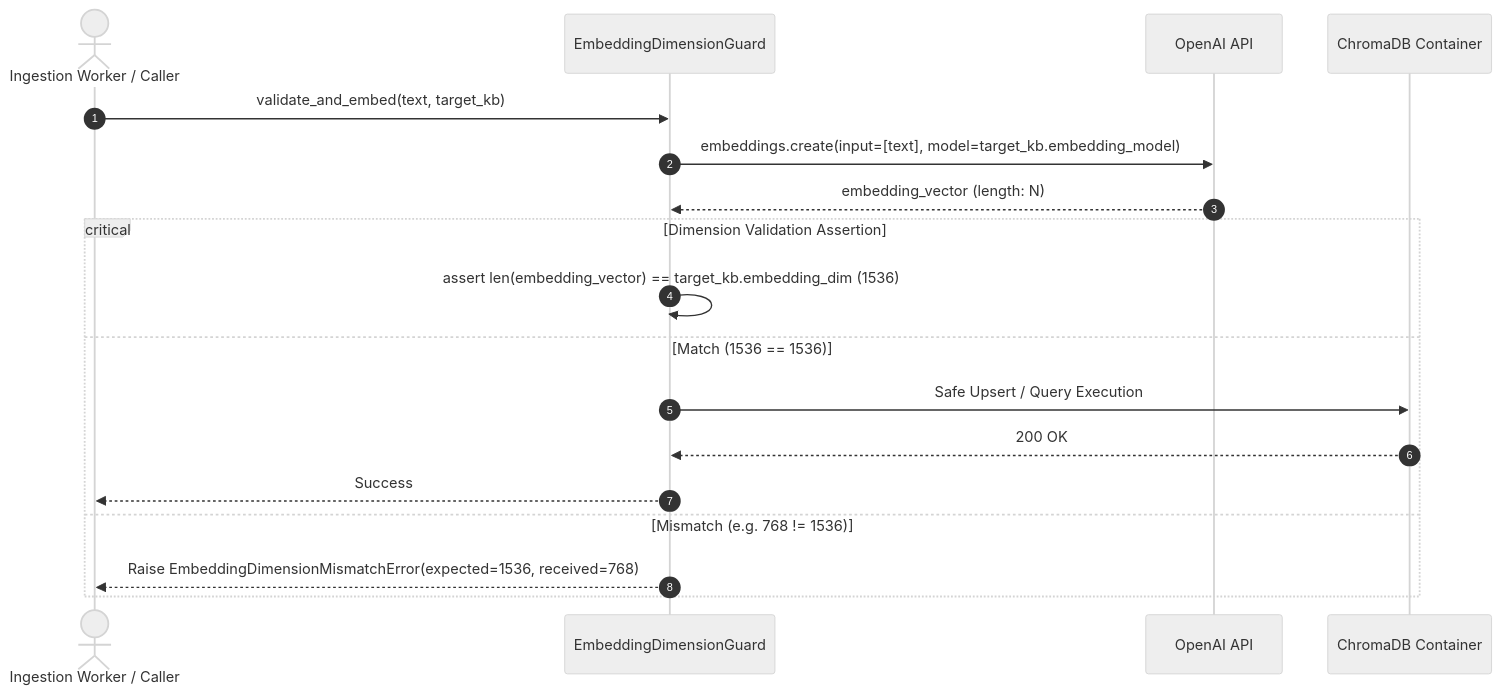
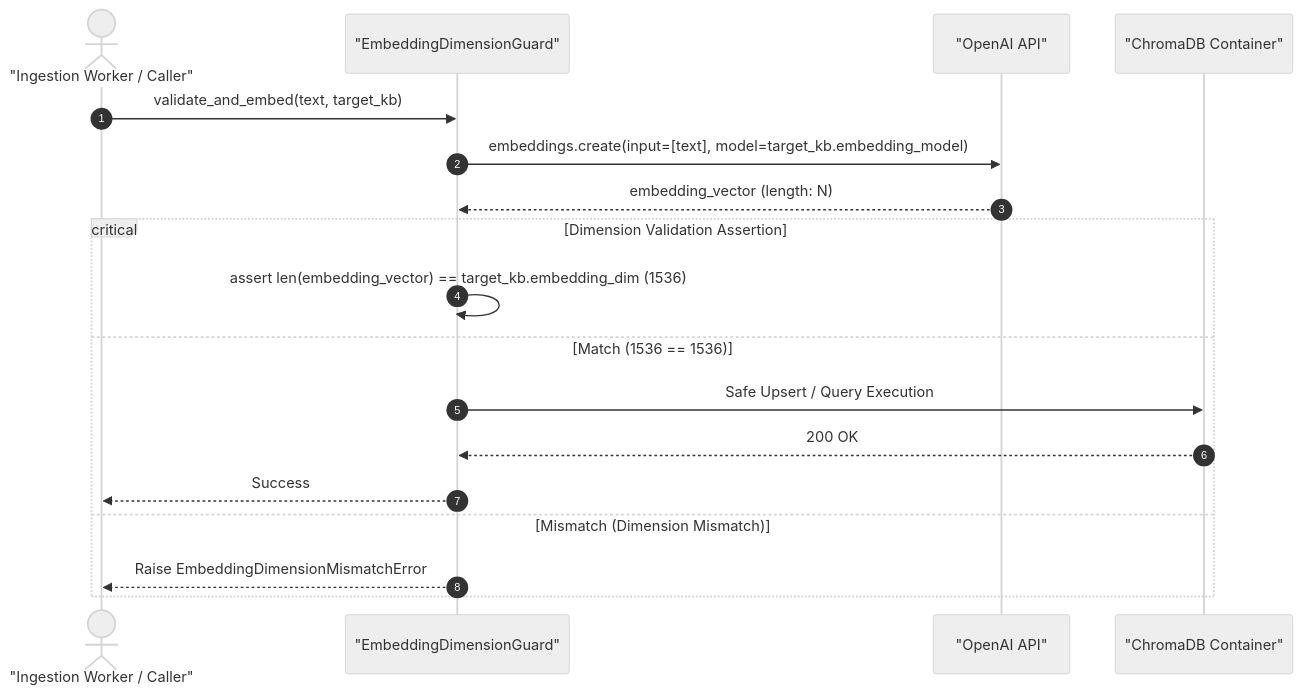
The second of 2 diagrams in docs/features/006_db_202_metadata_enrichment_and_embedding_guard_spec.md (akvo/akvo-rag), drawn with Mermaid (neutral theme) before and after one commit. The commit also changed 7 other files, not shown here.

Commit message:
docs(features): create 012_mcp_304 spec and fix mermaid diagram rendering across specs

````diff
--- a/docs/features/006_db_202_metadata_enrichment_and_embedding_guard_spec.md
+++ b/docs/features/006_db_202_metadata_enrichment_and_embedding_guard_spec.md
@@ -88,22 +88,22 @@
 ```mermaid
 sequenceDiagram
     autonumber
-    actor Ingestion as Ingestion Worker / Caller
-    participant Guard as EmbeddingDimensionGuard
-    participant OpenAI as OpenAI API
-    participant Chroma as ChromaDB Container
+    actor Ingestion as "Ingestion Worker / Caller"
+    participant Guard as "EmbeddingDimensionGuard"
+    participant OpenAI as "OpenAI API"
+    participant Chroma as "ChromaDB Container"
 
     Ingestion->>Guard: validate_and_embed(text, target_kb)
     Guard->>OpenAI: embeddings.create(input=[text], model=target_kb.embedding_model)
     OpenAI-->>Guard: embedding_vector (length: N)
     
     critical Dimension Validation Assertion
         Guard->>Guard: assert len(embedding_vector) == target_kb.embedding_dim (1536)
     option Match (1536 == 1536)
         Guard->>Chroma: Safe Upsert / Query Execution
         Chroma-->>Guard: 200 OK
         Guard-->>Ingestion: Success
-    option Mismatch (e.g. 768 != 1536)
-        Guard-->>Ingestion: Raise EmbeddingDimensionMismatchError(expected=1536, received=768)
+    option Mismatch (Dimension Mismatch)
+        Guard-->>Ingestion: Raise EmbeddingDimensionMismatchError
     end
 ```
````
